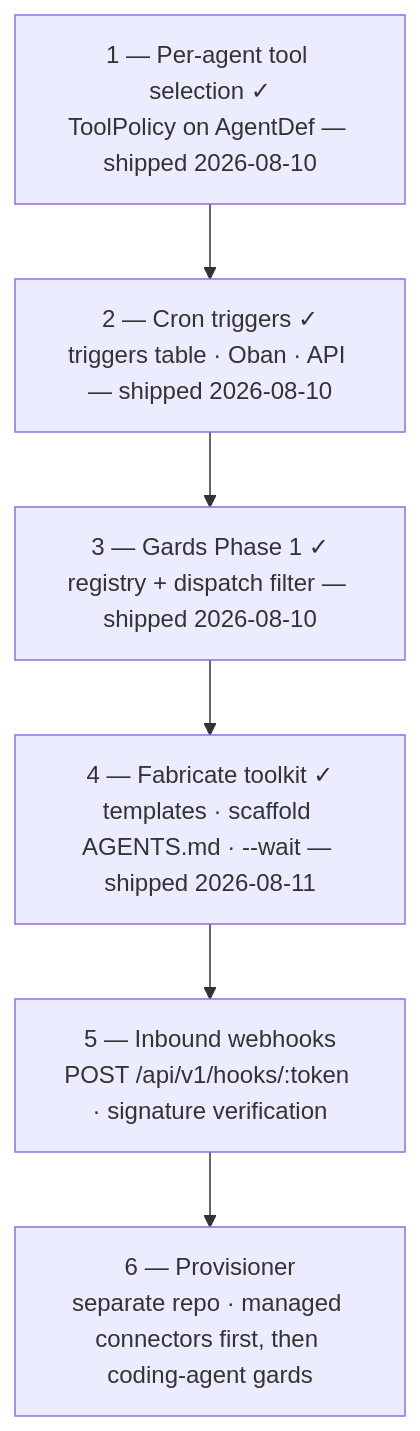
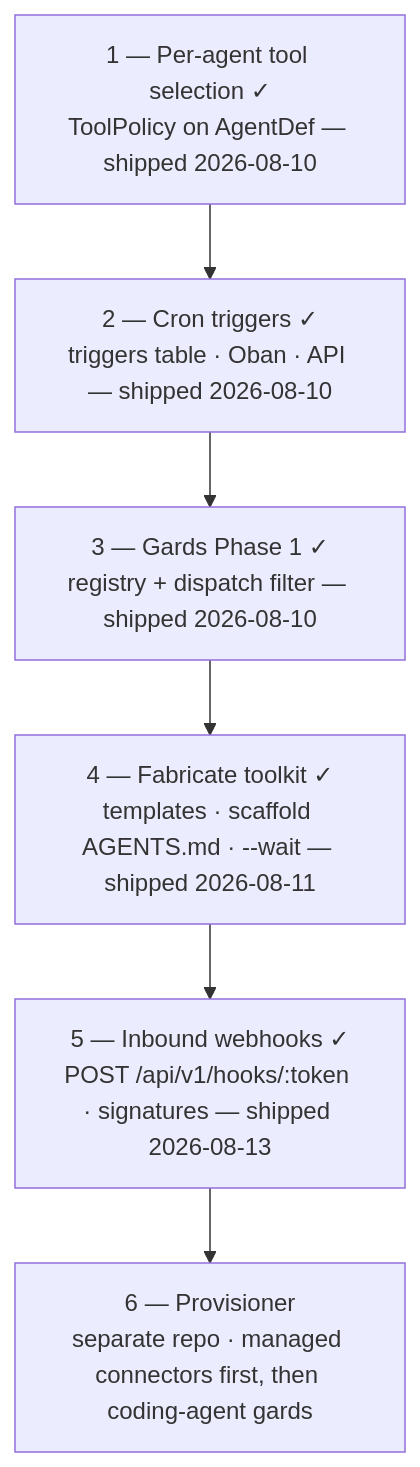
One commit to amackera/norns changed the diagram in docs/roadmap.md. Above: the diagram before and after it, drawn with Mermaid. The commit also changed other lines of this file and 16 other files, not shown here.

First line of the commit message:
Add inbound webhooks: token-addressed ingress with provider signatures

````diff
--- a/docs/roadmap.md
+++ b/docs/roadmap.md
@@ -54,10 +54,10 @@
 ```mermaid
 flowchart TB
     A["1 — Per-agent tool selection ✓<br/>ToolPolicy on AgentDef — shipped 2026-08-10"]
     B["2 — Cron triggers ✓<br/>triggers table · Oban · API — shipped 2026-08-10"]
     C["3 — Gards Phase 1 ✓<br/>registry + dispatch filter — shipped 2026-08-10"]
     D["4 — Fabricate toolkit ✓<br/>templates · scaffold AGENTS.md · --wait — shipped 2026-08-11"]
-    E["5 — Inbound webhooks<br/>POST /api/v1/hooks/:token · signature verification"]
+    E["5 — Inbound webhooks ✓<br/>POST /api/v1/hooks/:token · signatures — shipped 2026-08-13"]
     F["6 — Provisioner<br/>separate repo · managed connectors first, then coding-agent gards"]
     A --> B --> C --> D --> E --> F
 ```
````
